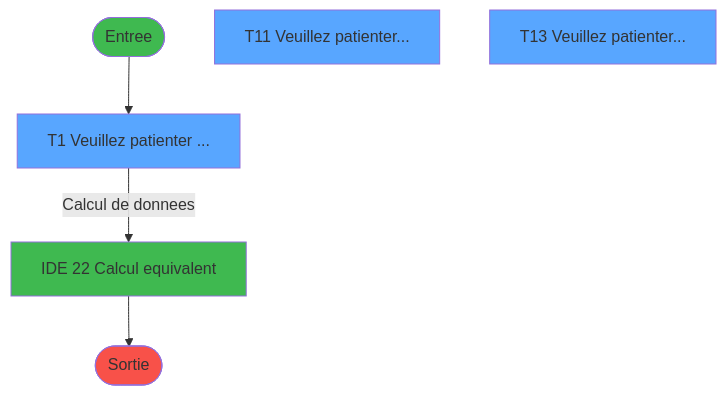
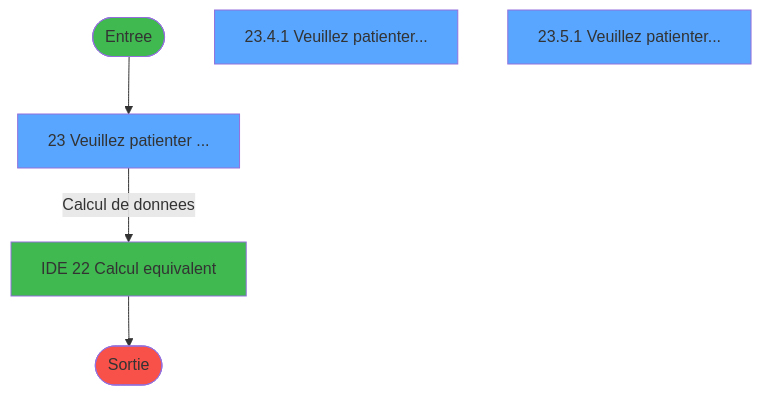
One commit to thonyAGP/lecteur-magic changed the first of 4 diagrams in .openspec/specs/ADH-IDE-23.md. Above: the diagram before and after it, drawn with Mermaid. The commit also changed other lines of this file and 493 other files, not shown here.

````diff
--- a/.openspec/specs/ADH-IDE-23.md
+++ b/.openspec/specs/ADH-IDE-23.md
@@ -480,18 +541,18 @@
 ```mermaid
 flowchart TD
     START([Entree])
     style START fill:#3fb950
-    VF1[T1 Veuillez patienter ...]
+    VF1[23 Veuillez patienter ...]
     style VF1 fill:#58a6ff
-    VF11[T11 Veuillez patienter...]
+    VF11[23.4.1 Veuillez patienter...]
     style VF11 fill:#58a6ff
-    VF13[T13 Veuillez patienter...]
+    VF13[23.5.1 Veuillez patienter...]
     style VF13 fill:#58a6ff
     EXT22[IDE 22 Calcul equivalent]
     style EXT22 fill:#3fb950
     FIN([Sortie])
     style FIN fill:#f85149
     START --> VF1
     VF1 -->|Calcul de donnees| EXT22
     EXT22 --> FIN
 ```
````
